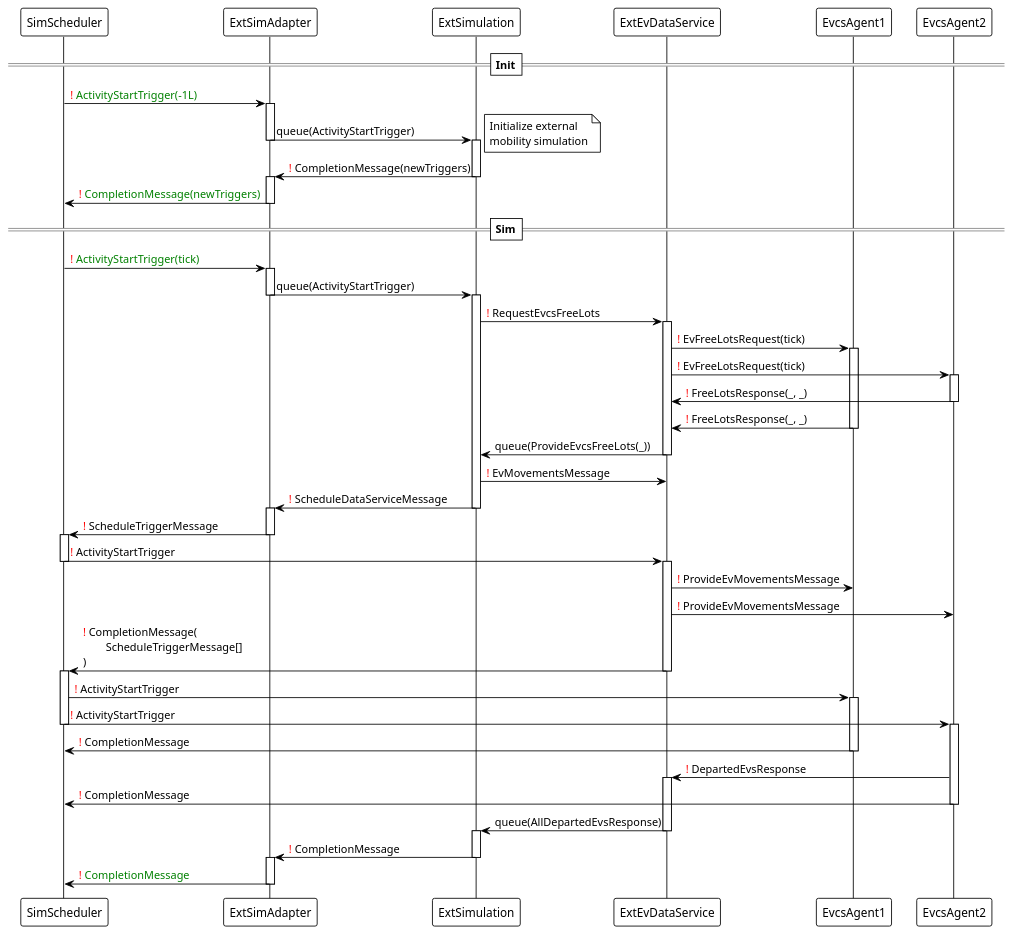
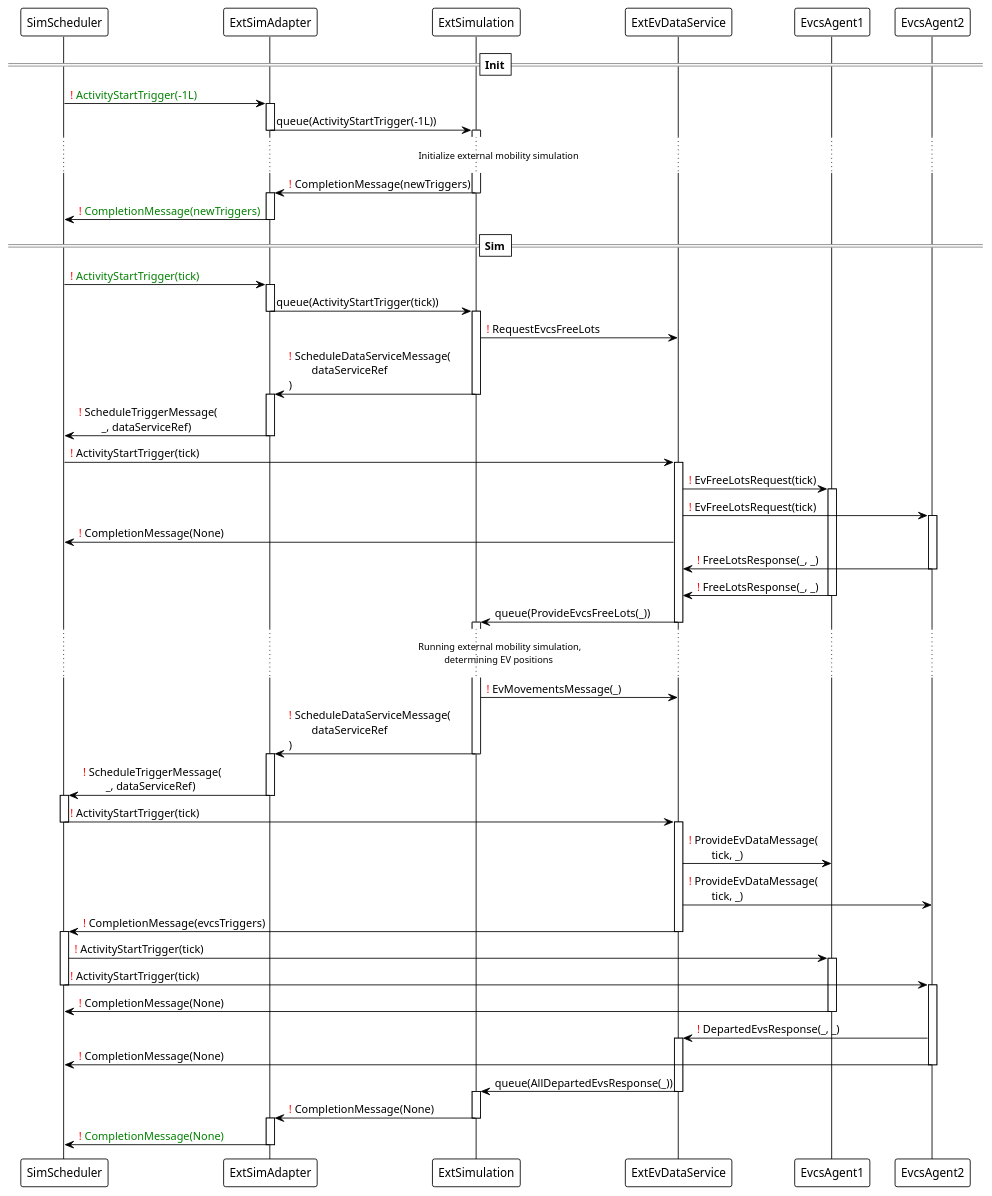
One commit to ie3-institute/simona changed the diagram in docs/uml/protocol/ExtEvSimulationSequence.puml. Above: the diagram before and after it, drawn with PlantUML.

Commit message:
Adapting ext ev simulation sequence diagram

```diff
--- a/docs/uml/protocol/ExtEvSimulationSequence.puml
+++ b/docs/uml/protocol/ExtEvSimulationSequence.puml
@@ -1,87 +1,99 @@
 @startuml
 
 !theme plain
 
 ==Init==
 SimScheduler -> ExtSimAdapter: <font color=red>!</font> <font color=green>ActivityStartTrigger(-1L)</font>
 activate ExtSimAdapter
 
-ExtSimAdapter -> ExtSimulation: queue(ActivityStartTrigger)
+ExtSimAdapter -> ExtSimulation: queue(ActivityStartTrigger(-1L))
 deactivate ExtSimAdapter
 activate ExtSimulation
-note right: Initialize external\nmobility simulation
+... Initialize external mobility simulation ...
 
 ExtSimulation -> ExtSimAdapter: <font color=red>!</font> CompletionMessage(newTriggers)
 deactivate ExtSimulation
 activate ExtSimAdapter
 
 ExtSimAdapter -> SimScheduler: <font color=red>!</font> <font color=green>CompletionMessage(newTriggers)</font>
 deactivate ExtSimAdapter
 
 ==Sim==
 SimScheduler -> ExtSimAdapter: <font color=red>!</font> <font color=green>ActivityStartTrigger(tick)</font>
 activate ExtSimAdapter
 
-ExtSimAdapter -> ExtSimulation: queue(ActivityStartTrigger)
+ExtSimAdapter -> ExtSimulation: queue(ActivityStartTrigger(tick))
 deactivate ExtSimAdapter
+
 activate ExtSimulation
+ExtSimulation -> ExtEvDataService: <font color=red>!</font> RequestEvcsFreeLots
+ExtSimulation -> ExtSimAdapter: <font color=red>!</font> ScheduleDataServiceMessage(\n\tdataServiceRef\n)
+deactivate ExtSimulation
 
-ExtSimulation -> ExtEvDataService: <font color=red>!</font> RequestEvcsFreeLots
+activate ExtSimAdapter
+ExtSimAdapter -> SimScheduler: <font color=red>!</font> ScheduleTriggerMessage(\n\t_, dataServiceRef)
+deactivate ExtSimAdapter
+
+SimScheduler -> ExtEvDataService: <font color=red>!</font> ActivityStartTrigger(tick)
 activate ExtEvDataService
 ExtEvDataService -> EvcsAgent1: <font color=red>!</font> EvFreeLotsRequest(tick)
 activate EvcsAgent1
 ExtEvDataService -> EvcsAgent2: <font color=red>!</font> EvFreeLotsRequest(tick)
 activate EvcsAgent2
+
+ExtEvDataService -> SimScheduler: <font color=red>!</font> CompletionMessage(None)
+
 EvcsAgent2 -> ExtEvDataService: <font color=red>!</font> FreeLotsResponse(_, _)
 deactivate EvcsAgent2
 EvcsAgent1 -> ExtEvDataService: <font color=red>!</font> FreeLotsResponse(_, _)
 deactivate EvcsAgent1
 ExtEvDataService -> ExtSimulation: queue(ProvideEvcsFreeLots(_))
 deactivate ExtEvDataService
 
-'TODO Refactor from here
+activate ExtSimulation
+... Running external mobility simulation,\n determining EV positions ...
+ExtSimulation -> ExtEvDataService: <font color=red>!</font> EvMovementsMessage(_)
+ExtSimulation -> ExtSimAdapter: <font color=red>!</font> ScheduleDataServiceMessage(\n\tdataServiceRef\n)
+deactivate ExtSimulation
 
-ExtSimulation -> ExtEvDataService: <font color=red>!</font> EvMovementsMessage
-ExtSimulation -> ExtSimAdapter: <font color=red>!</font> ScheduleDataServiceMessage
-deactivate ExtSimulation
 activate ExtSimAdapter
+ExtSimAdapter -> SimScheduler: <font color=red>!</font> ScheduleTriggerMessage(\n\t_, dataServiceRef)
+deactivate ExtSimAdapter
 
-ExtSimAdapter -> SimScheduler: <font color=red>!</font> ScheduleTriggerMessage
-deactivate ExtSimAdapter
 activate SimScheduler
+SimScheduler -> ExtEvDataService: <font color=red>!</font> ActivityStartTrigger(tick)
+deactivate SimScheduler
 
-SimScheduler -> ExtEvDataService: <font color=red>!</font> ActivityStartTrigger
+activate ExtEvDataService
+ExtEvDataService -> EvcsAgent1: <font color=red>!</font> ProvideEvDataMessage(\n\ttick, _)
+ExtEvDataService -> EvcsAgent2: <font color=red>!</font> ProvideEvDataMessage(\n\ttick, _)
+ExtEvDataService -> SimScheduler: <font color=red>!</font> CompletionMessage(evcsTriggers)
+deactivate ExtEvDataService
+
+activate SimScheduler
+SimScheduler -> EvcsAgent1: <font color=red>!</font> ActivityStartTrigger(tick)
+activate EvcsAgent1
+SimScheduler -> EvcsAgent2: <font color=red>!</font> ActivityStartTrigger(tick)
 deactivate SimScheduler
-activate ExtEvDataService
 
-ExtEvDataService -> EvcsAgent1: <font color=red>!</font> ProvideEvMovementsMessage
-ExtEvDataService -> EvcsAgent2: <font color=red>!</font> ProvideEvMovementsMessage
-ExtEvDataService -> SimScheduler: <font color=red>!</font> CompletionMessage(\n\tScheduleTriggerMessage[]\n)
-deactivate ExtEvDataService
-activate SimScheduler
-
-SimScheduler -> EvcsAgent1: <font color=red>!</font> ActivityStartTrigger
-activate EvcsAgent1
-SimScheduler -> EvcsAgent2: <font color=red>!</font> ActivityStartTrigger
-deactivate SimScheduler
 activate EvcsAgent2
-
-EvcsAgent1 -> SimScheduler: <font color=red>!</font> CompletionMessage
+EvcsAgent1 -> SimScheduler: <font color=red>!</font> CompletionMessage(None)
 deactivate EvcsAgent1
 
-EvcsAgent2 -> ExtEvDataService: <font color=red>!</font> DepartedEvsResponse
+EvcsAgent2 -> ExtEvDataService: <font color=red>!</font> DepartedEvsResponse(_, _)
 activate ExtEvDataService
-EvcsAgent2 -> SimScheduler: <font color=red>!</font> CompletionMessage
+EvcsAgent2 -> SimScheduler: <font color=red>!</font> CompletionMessage(None)
 deactivate EvcsAgent2
 
-ExtEvDataService -> ExtSimulation: queue(AllDepartedEvsResponse)
+ExtEvDataService -> ExtSimulation: queue(AllDepartedEvsResponse(_))
 deactivate ExtEvDataService
+
 activate ExtSimulation
+ExtSimulation -> ExtSimAdapter: <font color=red>!</font> CompletionMessage(None)
+deactivate ExtSimulation
 
-ExtSimulation -> ExtSimAdapter: <font color=red>!</font> CompletionMessage
-deactivate ExtSimulation
 activate ExtSimAdapter
-ExtSimAdapter -> SimScheduler: <font color=red>!</font> <font color=green>CompletionMessage</font>
+ExtSimAdapter -> SimScheduler: <font color=red>!</font> <font color=green>CompletionMessage(None)</font>
 deactivate ExtSimAdapter
 
 @enduml
```
